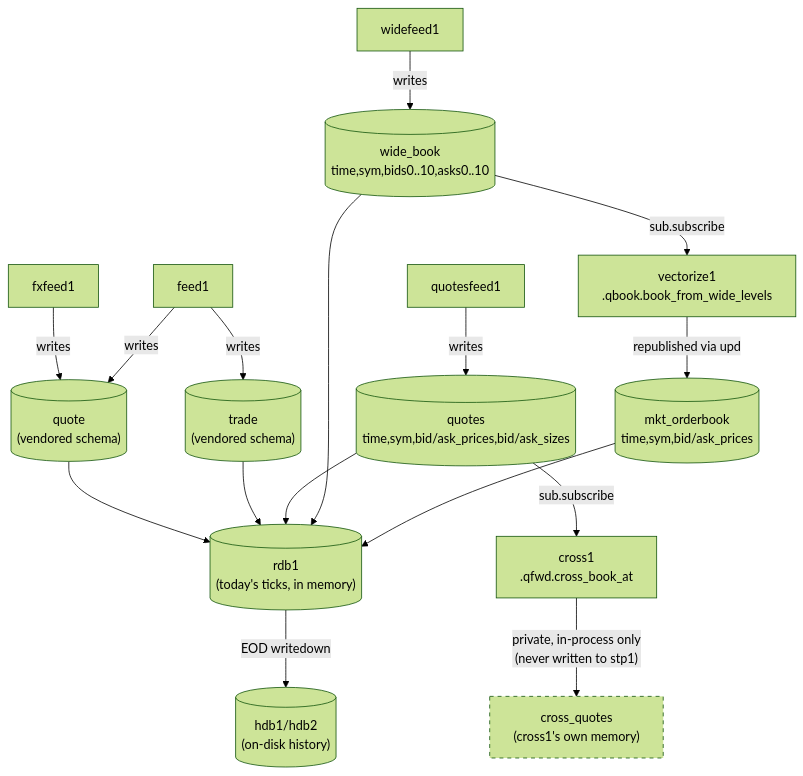
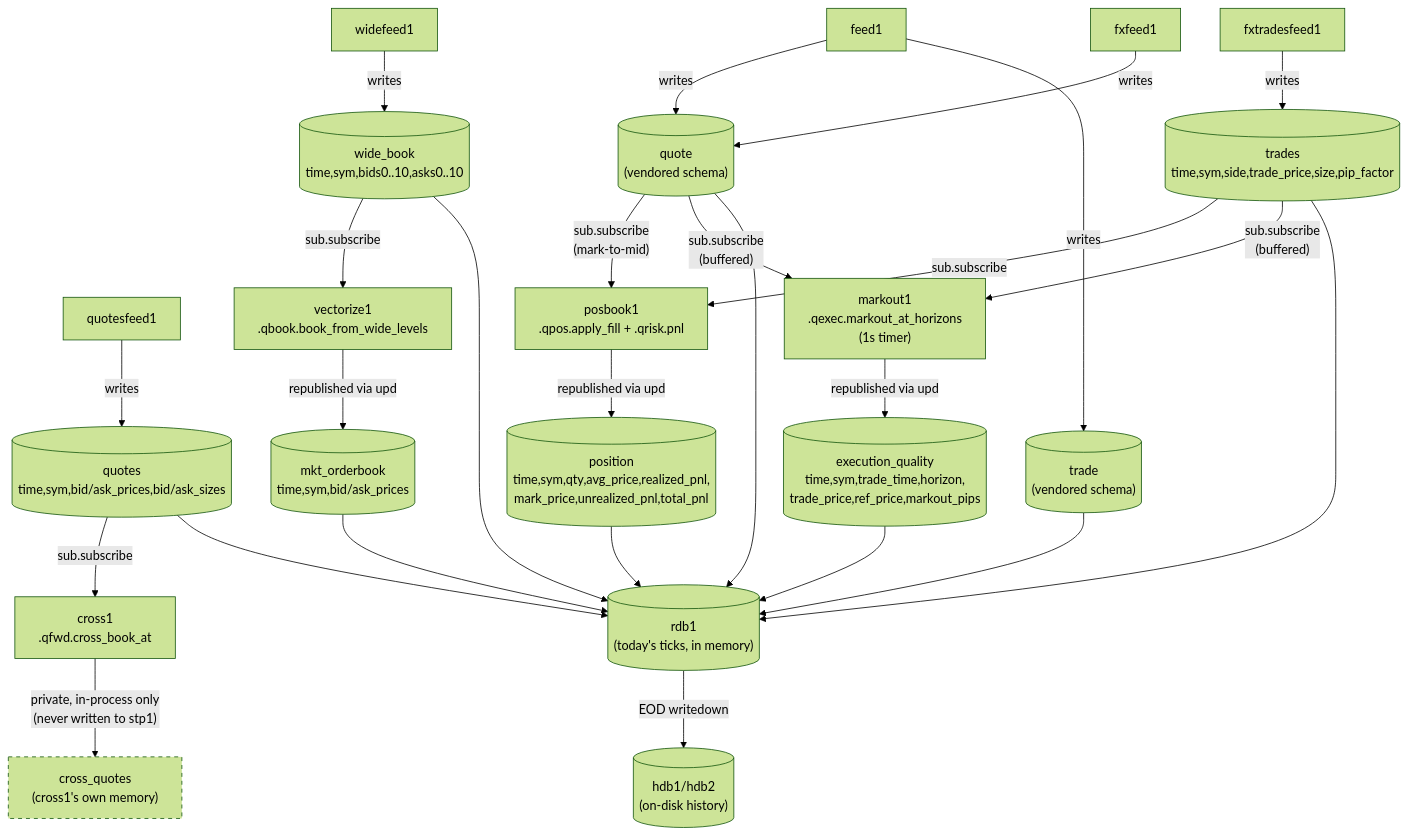
Before and after one commit to kwojdalski/uqf: the second of 3 diagrams in docs/torq/README.md, drawn with Mermaid (forest theme). The commit also changed other lines of this file and 5 other files, not shown here.

````diff
--- a/docs/torq/README.md
+++ b/docs/torq/README.md
@@ -96,25 +105,37 @@
 ```mermaid
 flowchart TD
     fxfeed1["fxfeed1"] -->|writes| quote[("quote<br/>(vendored schema)")]
     feed1["feed1"] -->|writes| quote
     feed1 -->|writes| trade[("trade<br/>(vendored schema)")]
 
     quotesfeed1["quotesfeed1"] -->|writes| quotes[("quotes<br/>time,sym,bid/ask_prices,bid/ask_sizes")]
     widefeed1["widefeed1"] -->|writes| wide_book[("wide_book<br/>time,sym,bids0..10,asks0..10")]
 
     quotes -->|"sub.subscribe"| cross1["cross1<br/>.qfwd.cross_book_at"]
     cross1 -->|"private, in-process only<br/>(never written to stp1)"| cross_quotes["cross_quotes<br/>(cross1's own memory)"]
 
     wide_book -->|"sub.subscribe"| vectorize1["vectorize1<br/>.qbook.book_from_wide_levels"]
     vectorize1 -->|"republished via upd"| mkt_orderbook[("mkt_orderbook<br/>time,sym,bid/ask_prices")]
 
+    fxtradesfeed1["fxtradesfeed1"] -->|writes| trades[("trades<br/>time,sym,side,trade_price,size,pip_factor")]
+    trades -->|"sub.subscribe"| posbook1["posbook1<br/>.qpos.apply_fill + .qrisk.pnl"]
+    quote -->|"sub.subscribe<br/>(mark-to-mid)"| posbook1
+    posbook1 -->|"republished via upd"| position[("position<br/>time,sym,qty,avg_price,realized_pnl,<br/>mark_price,unrealized_pnl,total_pnl")]
+
+    trades -->|"sub.subscribe<br/>(buffered)"| markout1["markout1<br/>.qexec.markout_at_horizons<br/>(1s timer)"]
+    quote -->|"sub.subscribe<br/>(buffered)"| markout1
+    markout1 -->|"republished via upd"| execution_quality[("execution_quality<br/>time,sym,trade_time,horizon,<br/>trade_price,ref_price,markout_pips")]
+
     quote --> rdb1[("rdb1<br/>(today's ticks, in memory)")]
     trade --> rdb1
     quotes --> rdb1
     wide_book --> rdb1
     mkt_orderbook --> rdb1
+    trades --> rdb1
+    position --> rdb1
+    execution_quality --> rdb1
 
     rdb1 -->|EOD writedown| hdb[("hdb1/hdb2<br/>(on-disk history)")]
 
     style cross_quotes stroke-dasharray: 5 5
 ```
````
